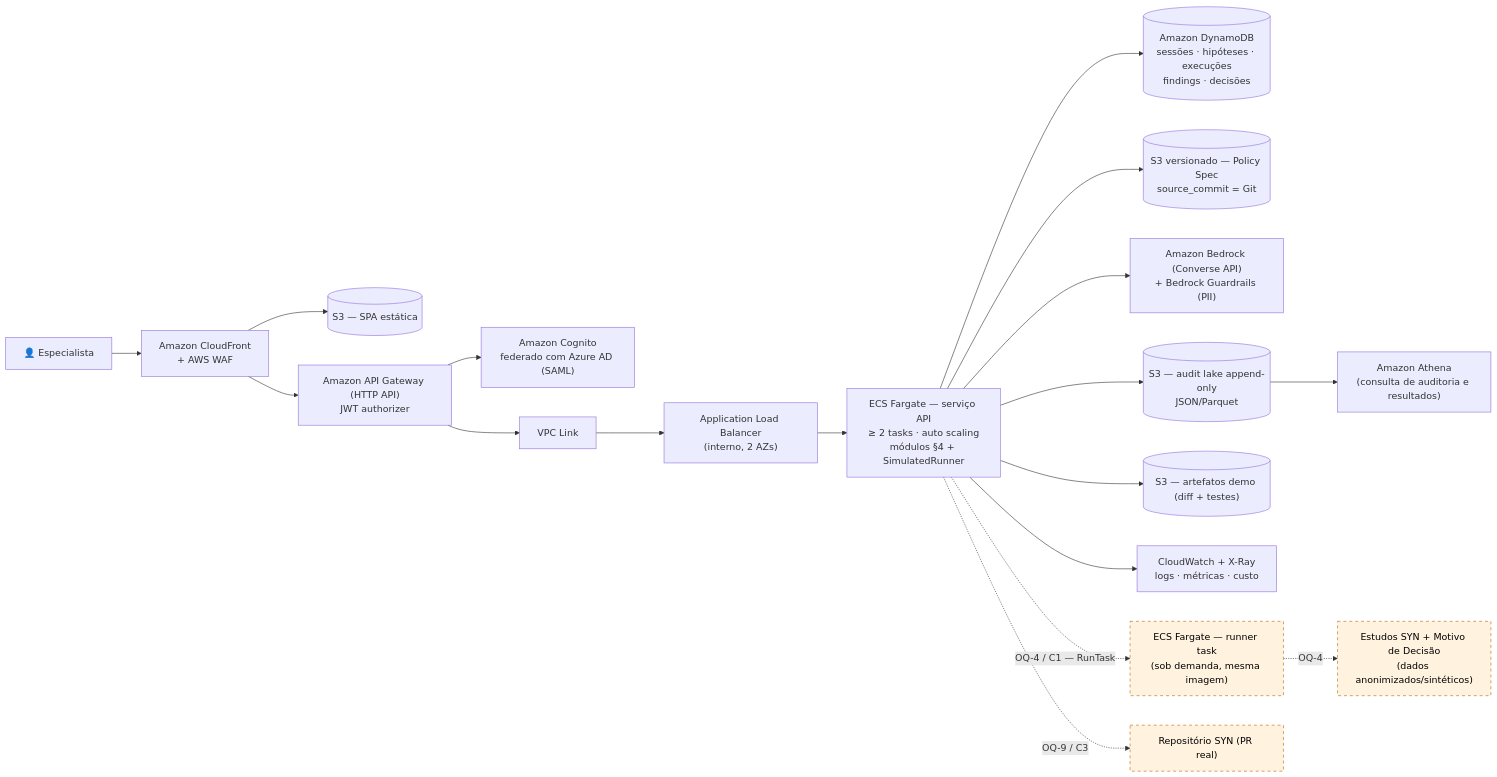
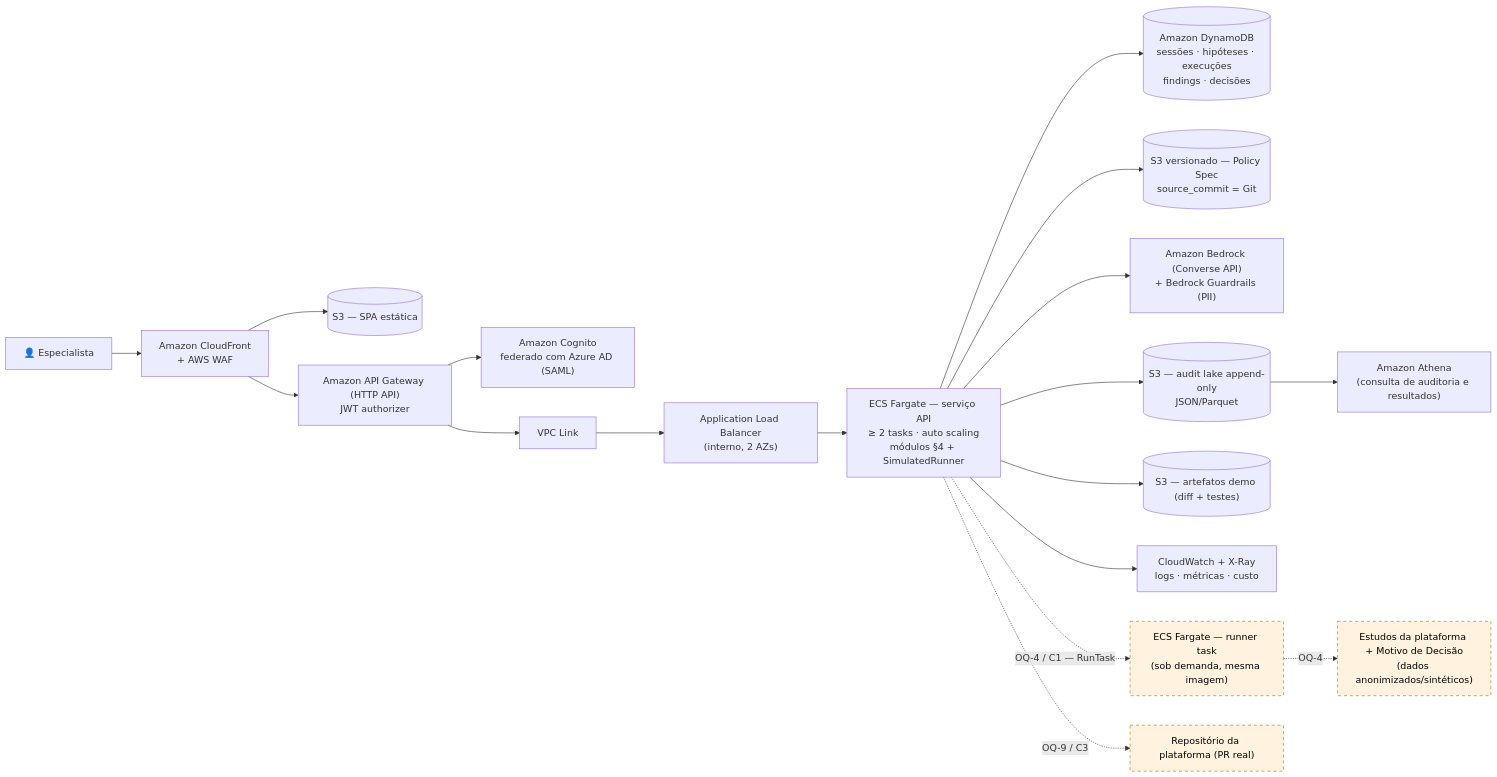
One commit to Jaquelaurenti/policy-playground-spec changed diagram 11 of 12 in .kiro/specs/policy-playground/design.md. Above: the diagram before and after it, drawn with Mermaid. The commit also changed other lines of this file and 8 other files, not shown here.

````diff
--- a/.kiro/specs/policy-playground/design.md
+++ b/.kiro/specs/policy-playground/design.md
@@ -677,22 +677,22 @@
 ```mermaid
 flowchart LR
     User["👤 Especialista"] --> CF["Amazon CloudFront\n+ AWS WAF"]
     CF --> S3UI[("S3 — SPA estática")]
     CF --> APIGW["Amazon API Gateway (HTTP API)\nJWT authorizer"]
     APIGW --> COG["Amazon Cognito\nfederado com Azure AD (SAML)"]
     APIGW --> VPCL["VPC Link"] --> ALB["Application Load Balancer\n(interno, 2 AZs)"]
     ALB --> API["ECS Fargate — serviço API\n≥ 2 tasks · auto scaling\nmódulos §4 + SimulatedRunner"]
     API --> DDB[("Amazon DynamoDB\nsessões · hipóteses · execuções\nfindings · decisões")]
     API --> S3SPEC[("S3 versionado — Policy Spec\nsource_commit = Git")]
     API --> BR["Amazon Bedrock (Converse API)\n+ Bedrock Guardrails (PII)"]
     API --> AUD[("S3 — audit lake append-only\nJSON/Parquet")]
     AUD --> ATH["Amazon Athena\n(consulta de auditoria e resultados)"]
     API --> S3ART[("S3 — artefatos demo (diff + testes)")]
     API --> CW["CloudWatch + X-Ray\nlogs · métricas · custo"]
     API -. "OQ-4 / C1 — RunTask" .-> RUN["ECS Fargate — runner task\n(sob demanda, mesma imagem)"]
-    RUN -. "OQ-4" .-> SYN["Estudos SYN + Motivo de Decisão\n(dados anonimizados/sintéticos)"]
-    API -. "OQ-9 / C3" .-> GH["Repositório SYN (PR real)"]
+    RUN -. "OQ-4" .-> PLAT["Estudos da plataforma + Motivo de Decisão\n(dados anonimizados/sintéticos)"]
+    API -. "OQ-9 / C3" .-> GH["Repositório da plataforma (PR real)"]
 
     classDef conditional stroke-dasharray:5 5,stroke:#b26a00,color:#000,fill:#fff3e0;
-    class RUN,SYN,GH conditional;
+    class RUN,PLAT,GH conditional;
 ```
````
